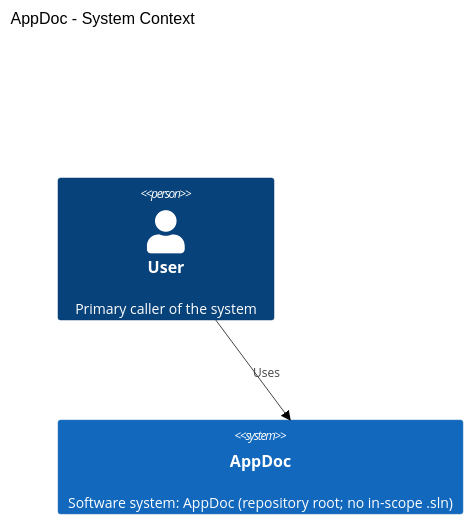
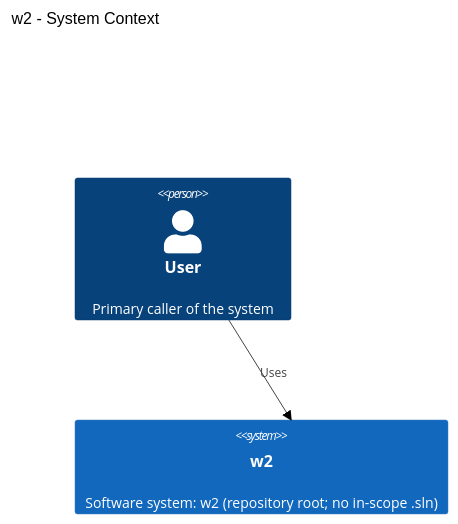
One commit to HeWhoRoams/AppDoc changed the diagram in docs/diagrams/c4-context.md. Above: the diagram before and after it, drawn with Mermaid (neutral theme). The commit also changed other lines of this file and 224 other files, not shown here.

````diff
--- a/docs/diagrams/c4-context.md
+++ b/docs/diagrams/c4-context.md
@@ -13,7 +13,7 @@
 ```mermaid
 C4Context
-title AppDoc - System Context
+title w2 - System Context
 Person(user, "User", "Primary caller of the system")
-System(appdoc, "AppDoc", "Software system: AppDoc (repository root; no in-scope .sln)")
-Rel(user, appdoc, "Uses")
+System(w2, "w2", "Software system: w2 (repository root; no in-scope .sln)")
+Rel(user, w2, "Uses")
 ```
````
